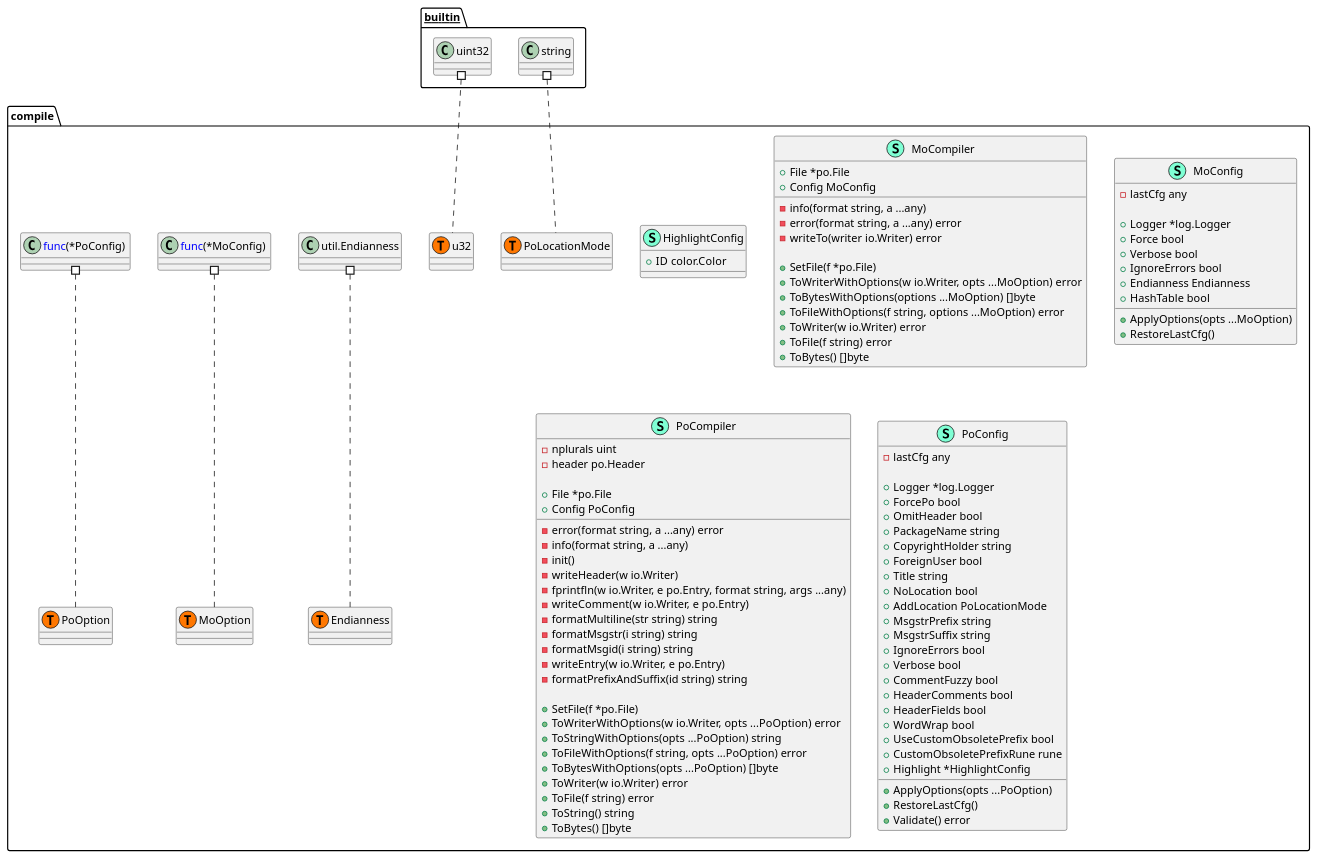
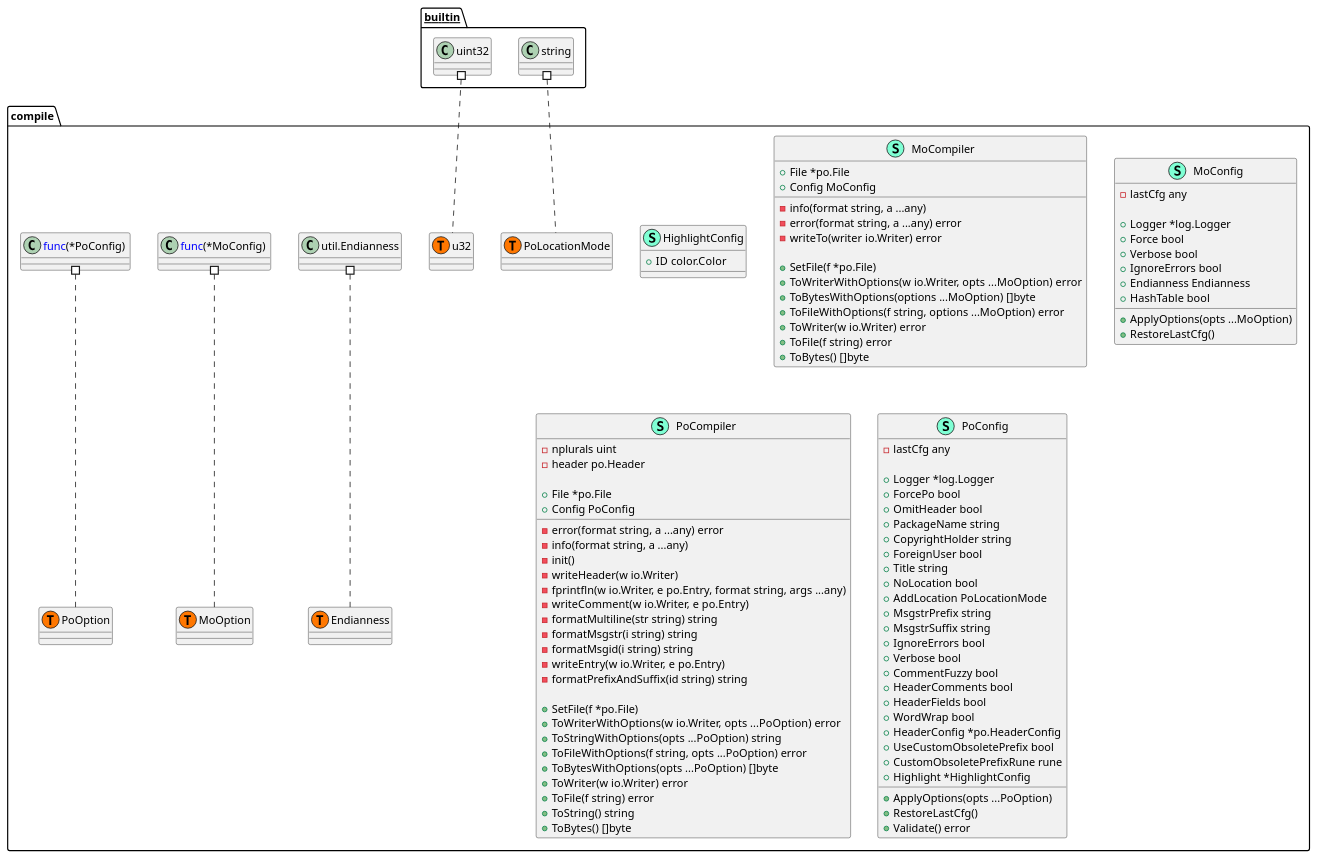
The diagram in pkg/po/compile/structure.puml (Tom5521/gotext-tools), drawn with PlantUML before and after one commit. The commit also changed 5 other files, not shown here.

```diff
--- a/pkg/po/compile/structure.puml
+++ b/pkg/po/compile/structure.puml
@@ -1,118 +1,119 @@
 @startuml
 namespace compile {
     class HighlightConfig << (S,Aquamarine) >> {
         + ID color.Color
 
     }
     class MoCompiler << (S,Aquamarine) >> {
         + File *po.File
         + Config MoConfig
 
         - info(format string, a ...any) 
         - error(format string, a ...any) error
         - writeTo(writer io.Writer) error
 
         + SetFile(f *po.File) 
         + ToWriterWithOptions(w io.Writer, opts ...MoOption) error
         + ToBytesWithOptions(options ...MoOption) []byte
         + ToFileWithOptions(f string, options ...MoOption) error
         + ToWriter(w io.Writer) error
         + ToFile(f string) error
         + ToBytes() []byte
 
     }
     class MoConfig << (S,Aquamarine) >> {
         - lastCfg any
 
         + Logger *log.Logger
         + Force bool
         + Verbose bool
         + IgnoreErrors bool
         + Endianness Endianness
         + HashTable bool
 
         + ApplyOptions(opts ...MoOption) 
         + RestoreLastCfg() 
 
     }
     class PoCompiler << (S,Aquamarine) >> {
         - nplurals uint
         - header po.Header
 
         + File *po.File
         + Config PoConfig
 
         - error(format string, a ...any) error
         - info(format string, a ...any) 
         - init() 
         - writeHeader(w io.Writer) 
         - fprintfln(w io.Writer, e po.Entry, format string, args ...any) 
         - writeComment(w io.Writer, e po.Entry) 
         - formatMultiline(str string) string
         - formatMsgstr(i string) string
         - formatMsgid(i string) string
         - writeEntry(w io.Writer, e po.Entry) 
         - formatPrefixAndSuffix(id string) string
 
         + SetFile(f *po.File) 
         + ToWriterWithOptions(w io.Writer, opts ...PoOption) error
         + ToStringWithOptions(opts ...PoOption) string
         + ToFileWithOptions(f string, opts ...PoOption) error
         + ToBytesWithOptions(opts ...PoOption) []byte
         + ToWriter(w io.Writer) error
         + ToFile(f string) error
         + ToString() string
         + ToBytes() []byte
 
     }
     class PoConfig << (S,Aquamarine) >> {
         - lastCfg any
 
         + Logger *log.Logger
         + ForcePo bool
         + OmitHeader bool
         + PackageName string
         + CopyrightHolder string
         + ForeignUser bool
         + Title string
         + NoLocation bool
         + AddLocation PoLocationMode
         + MsgstrPrefix string
         + MsgstrSuffix string
         + IgnoreErrors bool
         + Verbose bool
         + CommentFuzzy bool
         + HeaderComments bool
         + HeaderFields bool
         + WordWrap bool
+        + HeaderConfig *po.HeaderConfig
         + UseCustomObsoletePrefix bool
         + CustomObsoletePrefixRune rune
         + Highlight *HighlightConfig
 
         + ApplyOptions(opts ...PoOption) 
         + RestoreLastCfg() 
         + Validate() error
 
     }
     class compile.Endianness << (T, #FF7700) >>  {
     }
     class compile.MoOption << (T, #FF7700) >>  {
     }
     class compile.PoLocationMode << (T, #FF7700) >>  {
     }
     class compile.PoOption << (T, #FF7700) >>  {
     }
     class compile.u32 << (T, #FF7700) >>  {
     }
     class "util.Endianness" as utilEndianness {
         'This class was created so that we can correctly have an alias pointing to this name. Since it contains dots that can break namespaces
     }
 }
 
 
 "__builtin__.string" #.. "compile.PoLocationMode"
 "__builtin__.uint32" #.. "compile.u32"
 "compile.<font color=blue>func</font>(*MoConfig) " #.. "compile.MoOption"
 "compile.<font color=blue>func</font>(*PoConfig) " #.. "compile.PoOption"
 "compile.utilEndianness" #.. "compile.Endianness"
 @enduml
```
